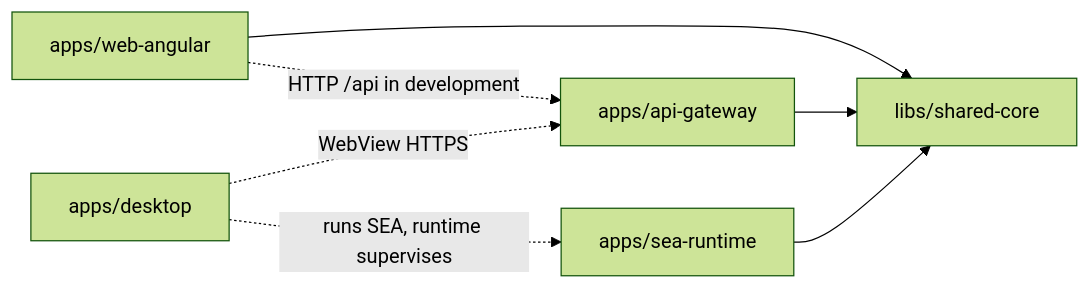
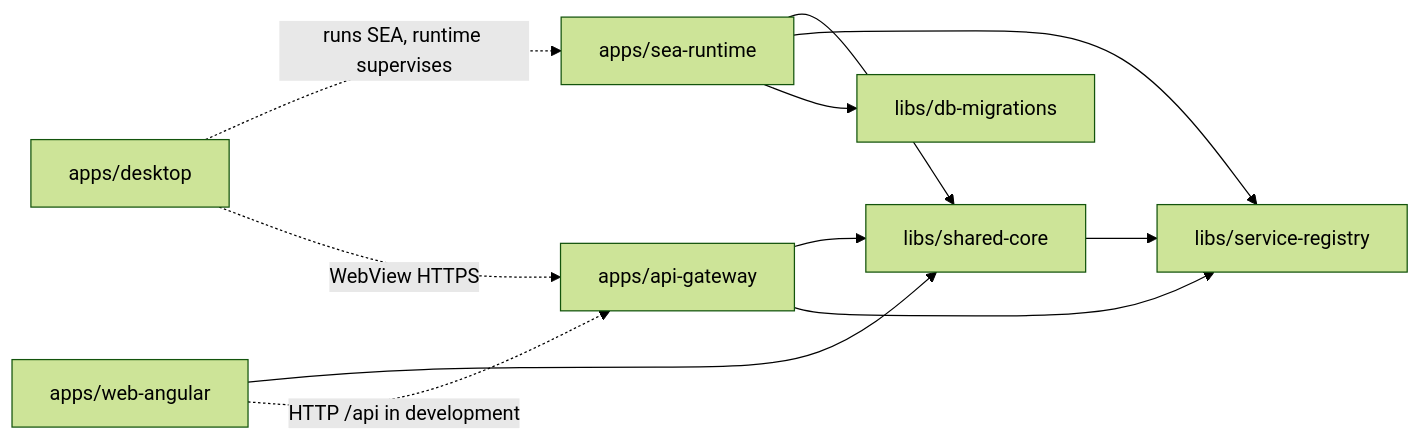
The diagram in docs/requirements/03-file-structure.md (virgenherrera/lan-solution-template), drawn with Mermaid (forest theme) before and after one commit. The commit also changed other lines of this file and 94 other files, not shown here.

````diff
--- a/docs/requirements/03-file-structure.md
+++ b/docs/requirements/03-file-structure.md
@@ -84,11 +82,17 @@
 ```mermaid
 flowchart LR
     SC["libs/shared-core"]
+    SR["libs/service-registry"]
+    DM["libs/db-migrations"]
     WEB["apps/web-angular"] --> SC
     API["apps/api-gateway"] --> SC
     RT["apps/sea-runtime"] --> SC
+    RT --> SR
+    RT --> DM
+    API --> SR
+    SC --> SR
     DESK["apps/desktop"]
     WEB -.->|"HTTP /api in development"| API
     DESK -.->|"runs SEA, runtime supervises"| RT
     DESK -.->|"WebView HTTPS"| API
 ```
````
